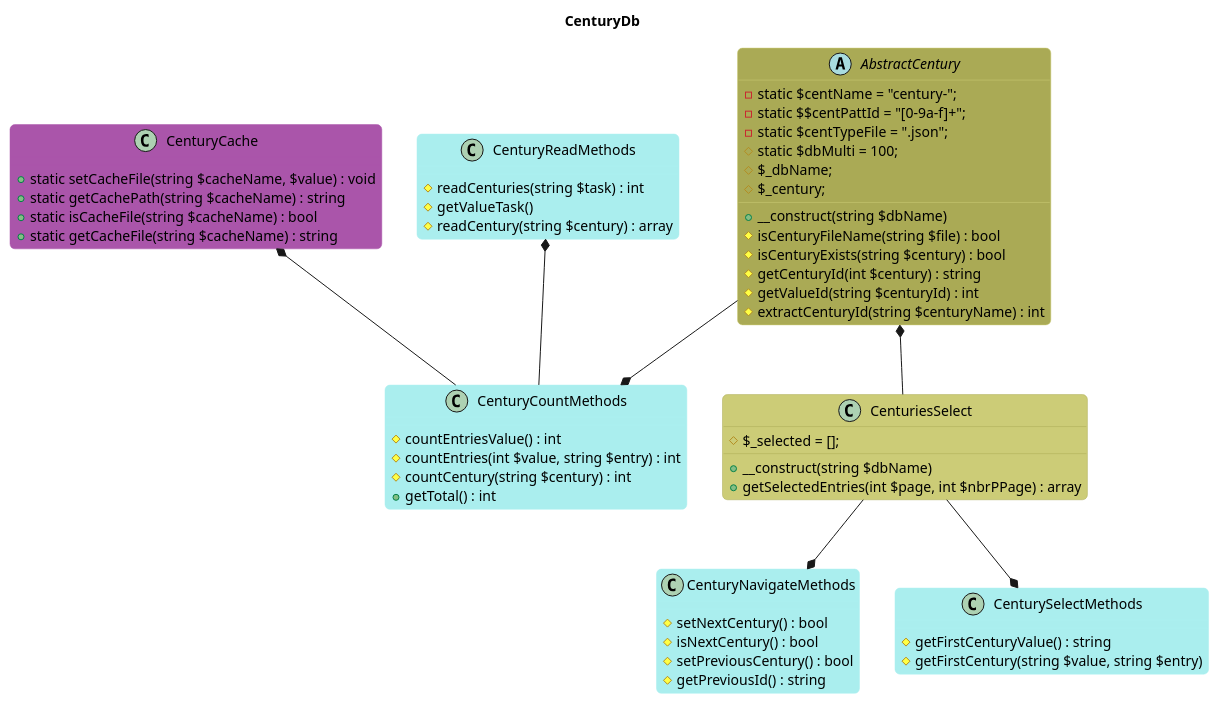
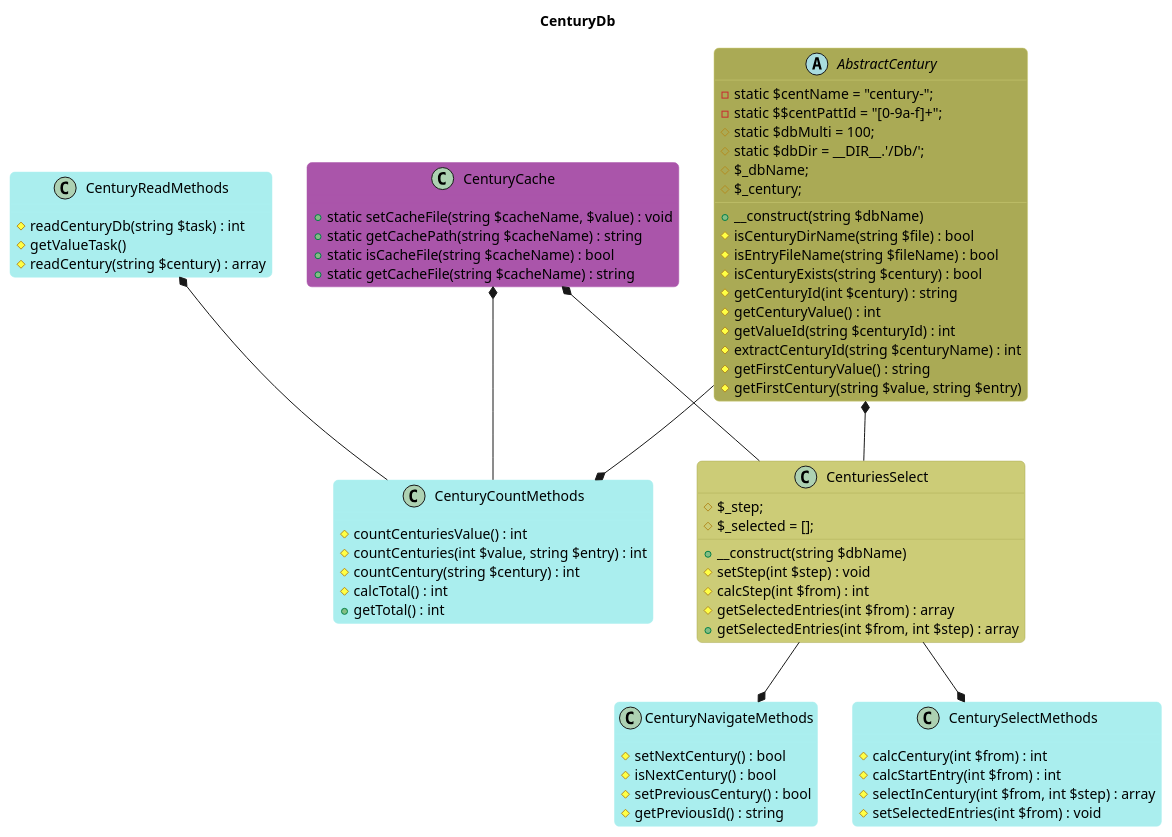
The diagram in diagrammesUml/CenturyDb.puml (ohabille/maincore), drawn with PlantUML before and after one commit. The commit also changed 6 other files, not shown here.

Commit message:
CenturySelect 23/05/2021

```diff
--- a/diagrammesUml/CenturyDb.puml
+++ b/diagrammesUml/CenturyDb.puml
@@ -1,73 +1,81 @@
 @startuml
 
 title "CenturyDb"
 
 skinparam packageStyle rectangle
 skinparam roundCorner 10
 
 abstract class AbstractCentury #AA5;line:CC7; {
     -static $centName = "century-";
     -static $$centPattId = "[0-9a-f]+";
-    -static $centTypeFile = ".json";
     #static $dbMulti = 100;
+    #static $dbDir = __DIR__.'/Db/';
     #$_dbName;
     #$_century;
 
     +__construct(string $dbName)
-    #isCenturyFileName(string $file) : bool
+    #isCenturyDirName(string $file) : bool
+    #isEntryFileName(string $fileName) : bool
     #isCenturyExists(string $century) : bool
     #getCenturyId(int $century) : string
+    #getCenturyValue() : int
     #getValueId(string $centuryId) : int
     #extractCenturyId(string $centuryName) : int
+    #getFirstCenturyValue() : string
+    #getFirstCentury(string $value, string $entry)
 }
 
 class CenturyCache #A5A;line:A5A; {
     +static setCacheFile(string $cacheName, $value) : void
     +static getCachePath(string $cacheName) : string
     +static isCacheFile(string $cacheName) : bool
     +static getCacheFile(string $cacheName) : string
 }
 
 class CenturyReadMethods #AEE;line:AEE; {
-    #readCenturies(string $task) : int
+    #readCenturyDb(string $task) : int
     #getValueTask()
     #readCentury(string $century) : array
 }
 
 class CenturyCountMethods #AEE;line:AEE; {
-    #countEntriesValue() : int
-    #countEntries(int $value, string $entry) : int
+    #countCenturiesValue() : int
+    #countCenturies(int $value, string $entry) : int
     #countCentury(string $century) : int
+    #calcTotal() : int
     +getTotal() : int
 }
-
 CenturyCache *-- CenturyCountMethods
 AbstractCentury --* CenturyCountMethods
 CenturyReadMethods *-- CenturyCountMethods
 
 class CenturiesSelect #CC7;line:AA5; {
+    #$_step;
     #$_selected = [];
 
     +__construct(string $dbName)
-    +getSelectedEntries(int $page, int $nbrPPage) : array
+    #setStep(int $step) : void
+    #calcStep(int $from) : int
+    #getSelectedEntries(int $from) : array
+    +getSelectedEntries(int $from, int $step) : array
 }
-
 AbstractCentury *-- CenturiesSelect
+CenturyCache *-- CenturiesSelect
 
 class CenturyNavigateMethods #AEE;line:AEE; {
     #setNextCentury() : bool
     #isNextCentury() : bool
     #setPreviousCentury() : bool
     #getPreviousId() : string
 }
-
 CenturiesSelect --* CenturyNavigateMethods
 
 class CenturySelectMethods #AEE;line:AEE; {
-    #getFirstCenturyValue() : string
-    #getFirstCentury(string $value, string $entry)
+    #calcCentury(int $from) : int
+    #calcStartEntry(int $from) : int
+    #selectInCentury(int $from, int $step) : array
+    #setSelectedEntries(int $from) : void
 }
-
 CenturiesSelect --* CenturySelectMethods
 
 @enduml
```
